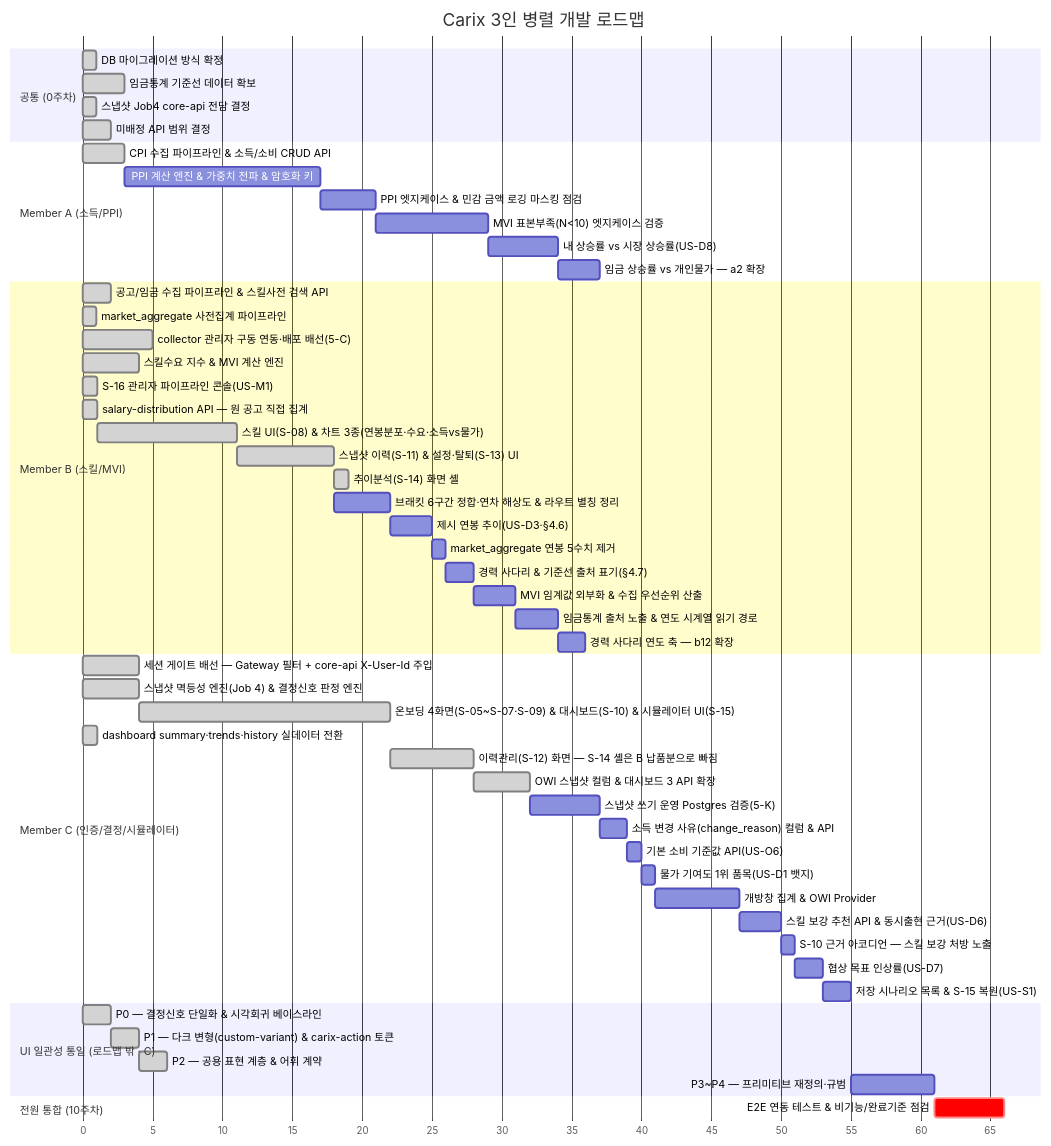
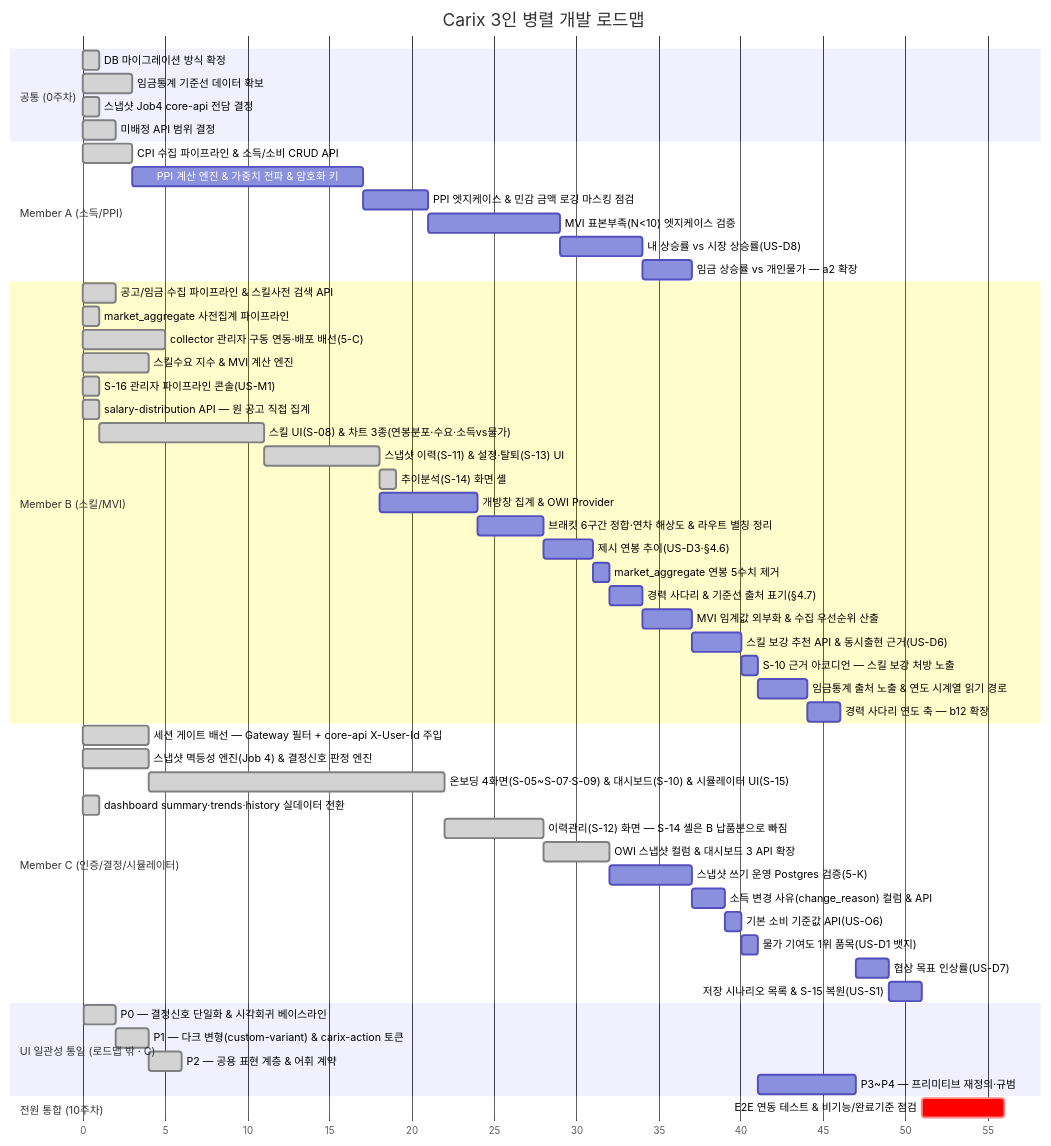
The first of 2 diagrams in docs/plans/carix-dev-plan.md (SeoHyeokGyu/Carix), drawn with Mermaid before and after one commit. The commit also changed other lines of this file and 8 other files, not shown here.

````diff
--- a/docs/plans/carix-dev-plan.md
+++ b/docs/plans/carix-dev-plan.md
@@ -89,58 +89,58 @@
 ```mermaid
 gantt
     title Carix 3인 병렬 개발 로드맵
     dateFormat X
     axisFormat %s
     section 공통 (0주차)
     DB 마이그레이션 방식 확정 :done, c0a, 0, 1s
     임금통계 기준선 데이터 확보 :done, a0, 3, 3s
     스냅샷 Job4 core-api 전담 결정 :done, i0, 7, 1s
     미배정 API 범위 결정 :done, c0, 7, 2s
     section Member A (소득/PPI)
     CPI 수집 파이프라인 & 소득/소비 CRUD API :done, a1, 12, 3s
     PPI 계산 엔진 & 가중치 전파 & 암호화 키 :a2, after a1, 14s
     PPI 엣지케이스 & 민감 금액 로깅 마스킹 점검 :a7, after a2, 4s
     MVI 표본부족(N<10) 엣지케이스 검증 :a8, after a7, 8s
     내 상승률 vs 시장 상승률(US-D8) :a9, after a8, 5s
     임금 상승률 vs 개인물가 — a2 확장 :a10, after a9, 3s
     section Member B (스킬/MVI)
     공고/임금 수집 파이프라인 & 스킬사전 검색 API :done, b1, 2, 2s
     market_aggregate 사전집계 파이프라인 :done, b2a, 3, 1s
     collector 관리자 구동 연동·배포 배선(5-C) :done, b0, 7, 5s
     스킬수요 지수 & MVI 계산 엔진 :done, b2, 8, 4s
     S-16 관리자 파이프라인 콘솔(US-M1) :done, b16, 14, 1s
     salary-distribution API — 원 공고 직접 집계 :done, b3a, 15, 1s
     스킬 UI(S-08) & 차트 3종(연봉분포·수요·소득vs물가) :done, b3, after b3a, 10s
     스냅샷 이력(S-11) & 설정·탈퇴(S-13) UI :done, b4, after b3, 7s
     추이분석(S-14) 화면 셸 :done, b4a, after b4, 1s
-    브래킷 6구간 정합·연차 해상도 & 라우트 별칭 정리 :b7, after b4, 4s
+    개방창 집계 & OWI Provider :b6, after b4, 6s
+    브래킷 6구간 정합·연차 해상도 & 라우트 별칭 정리 :b7, after b6, 4s
     제시 연봉 추이(US-D3·§4.6) :b10, after b7, 3s
     market_aggregate 연봉 5수치 제거 :b11, after b10, 1s
     경력 사다리 & 기준선 출처 표기(§4.7) :b12, after b11, 2s
     MVI 임계값 외부화 & 수집 우선순위 산출 :b8, after b12, 3s
-    임금통계 출처 노출 & 연도 시계열 읽기 경로 :b13, after b8, 3s
+    스킬 보강 추천 API & 동시출현 근거(US-D6) :b9, after b8, 3s
+    S-10 근거 아코디언 — 스킬 보강 처방 노출 :b15, after b9, 1s
+    임금통계 출처 노출 & 연도 시계열 읽기 경로 :b13, after b15, 3s
     경력 사다리 연도 축 — b12 확장 :b14, after b13, 2s
     section Member C (인증/결정/시뮬레이터)
     세션 게이트 배선 — Gateway 필터 + core-api X-User-Id 주입 :done, c0b, 7, 4s
     스냅샷 멱등성 엔진(Job 4) & 결정신호 판정 엔진 :done, c2, 8, 4s
     온보딩 4화면(S-05~S-07·S-09) & 대시보드(S-10) & 시뮬레이터 UI(S-15) :done, c3, after c2, 18s
     dashboard summary·trends·history 실데이터 전환 :done, c4a, 15, 1s
     이력관리(S-12) 화면 — S-14 셸은 B 납품분으로 빠짐 :done, c4, after c3, 6s
     OWI 스냅샷 컬럼 & 대시보드 3 API 확장 :done, c6, after c4, 4s
     스냅샷 쓰기 운영 Postgres 검증(5-K) :c5, after c6, 5s
     소득 변경 사유(change_reason) 컬럼 & API :c10, after c5, 2s
     기본 소비 기준값 API(US-O6) :c11, after c10, 1s
     물가 기여도 1위 품목(US-D1 뱃지) :c12, after c11, 1s
-    개방창 집계 & OWI Provider :c13, after c12 b7, 6s
-    스킬 보강 추천 API & 동시출현 근거(US-D6) :c14, after c13 b8, 3s
-    S-10 근거 아코디언 — 스킬 보강 처방 노출 :c7, after c14, 1s
-    협상 목표 인상률(US-D7) :c8, after c7, 2s
+    협상 목표 인상률(US-D7) :c8, after ui3, 2s
     저장 시나리오 목록 & S-15 복원(US-S1) :c9, after c8, 2s
     section UI 일관성 통일 (로드맵 밖 · C)
     P0 — 결정신호 단일화 & 시각회귀 베이스라인 :done, ui0, 33, 2s
     P1 — 다크 변형(custom-variant) & carix-action 토큰 :done, ui1, after ui0, 2s
     P2 — 공용 표현 계층 & 어휘 계약 :done, ui2, after ui1, 2s
-    P3~P4 — 프리미티브 재정의·규범 :ui3, after c9, 6s
+    P3~P4 — 프리미티브 재정의·규범 :ui3, after c12, 6s
     section 전원 통합 (10주차)
-    E2E 연동 테스트 & 비기능/완료기준 점검 :crit, e2e, after a10 b14 ui3, 5s
+    E2E 연동 테스트 & 비기능/완료기준 점검 :crit, e2e, after a10 b14 c9, 5s
 ```
````
